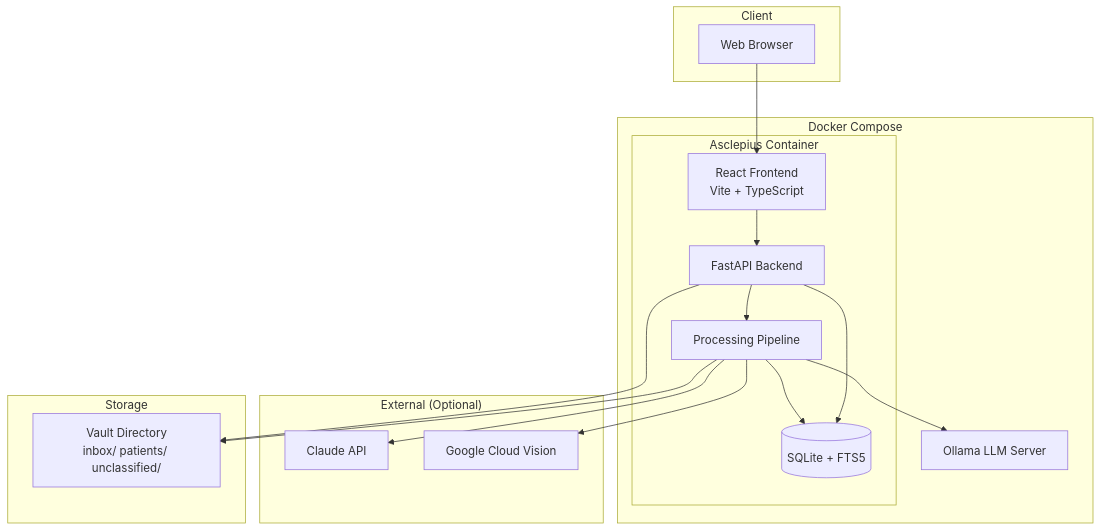
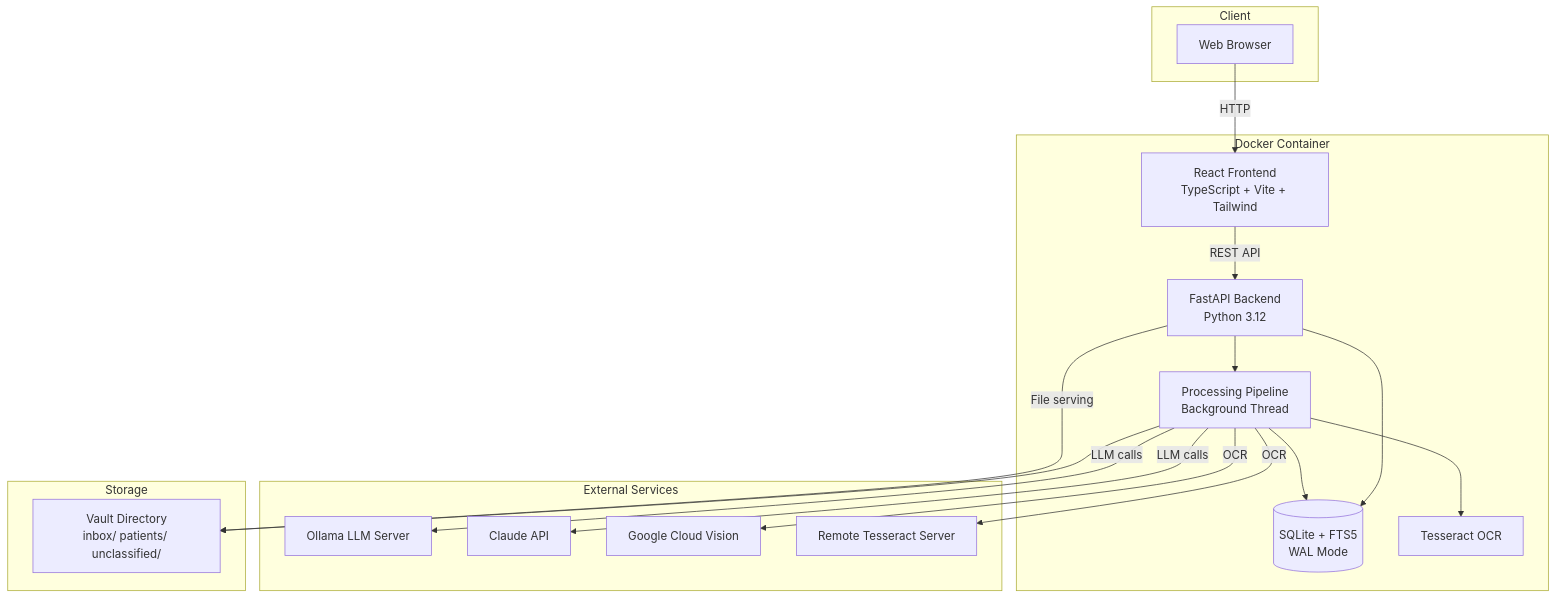
One commit to giovi321/asclepius changed the diagram in docs/docs/architecture/overview.md. Above: the diagram before and after it, drawn with Mermaid. The commit also changed other lines of this file and 26 other files, not shown here.

````diff
--- a/docs/docs/architecture/overview.md
+++ b/docs/docs/architecture/overview.md
@@ -7,36 +7,38 @@
 ```mermaid
 graph TB
     subgraph "Client"
         Browser[Web Browser]
     end
 
-    subgraph "Docker Compose"
-        subgraph "Asclepius Container"
-            FE[React Frontend<br/>Vite + TypeScript]
-            API[FastAPI Backend]
-            Pipeline[Processing Pipeline]
-            DB[(SQLite + FTS5)]
-        end
-        Ollama[Ollama LLM Server]
+    subgraph "Docker Container"
+        FE[React Frontend<br/>TypeScript + Vite + Tailwind]
+        API[FastAPI Backend<br/>Python 3.12]
+        Pipeline[Processing Pipeline<br/>Background Thread]
+        DB[(SQLite + FTS5<br/>WAL Mode)]
+        Tesseract[Tesseract OCR]
     end
 
-    subgraph "External (Optional)"
+    subgraph "External Services"
+        Ollama[Ollama LLM Server]
         Claude[Claude API]
         GVision[Google Cloud Vision]
+        RemoteOCR[Remote Tesseract Server]
     end
 
     subgraph "Storage"
         Vault[Vault Directory<br/>inbox/ patients/ unclassified/]
     end
 
-    Browser --> FE
-    FE --> API
+    Browser -->|HTTP| FE
+    FE -->|REST API| API
     API --> DB
     API --> Pipeline
     Pipeline --> DB
     Pipeline --> Vault
-    Pipeline --> Ollama
-    Pipeline --> Claude
-    Pipeline --> GVision
-    API --> Vault
+    Pipeline --> Tesseract
+    Pipeline -->|LLM calls| Ollama
+    Pipeline -->|LLM calls| Claude
+    Pipeline -->|OCR| GVision
+    Pipeline -->|OCR| RemoteOCR
+    API -->|File serving| Vault
 ```
````
